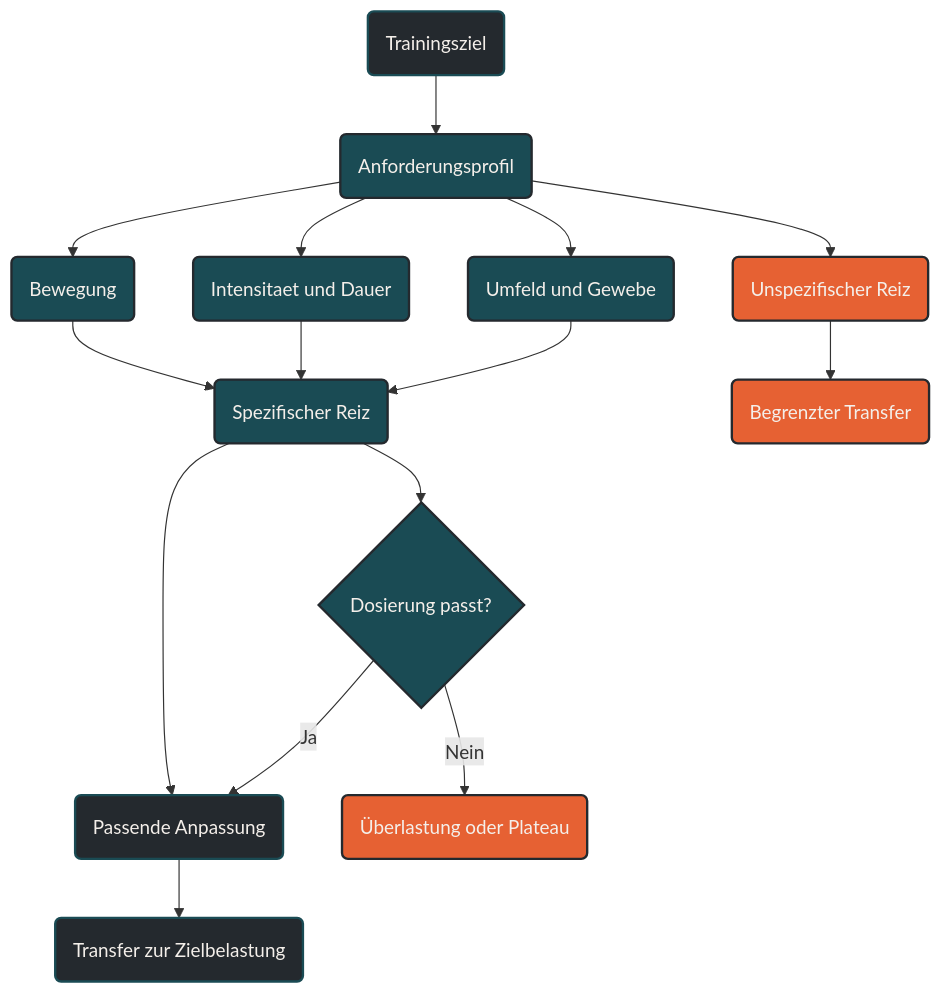
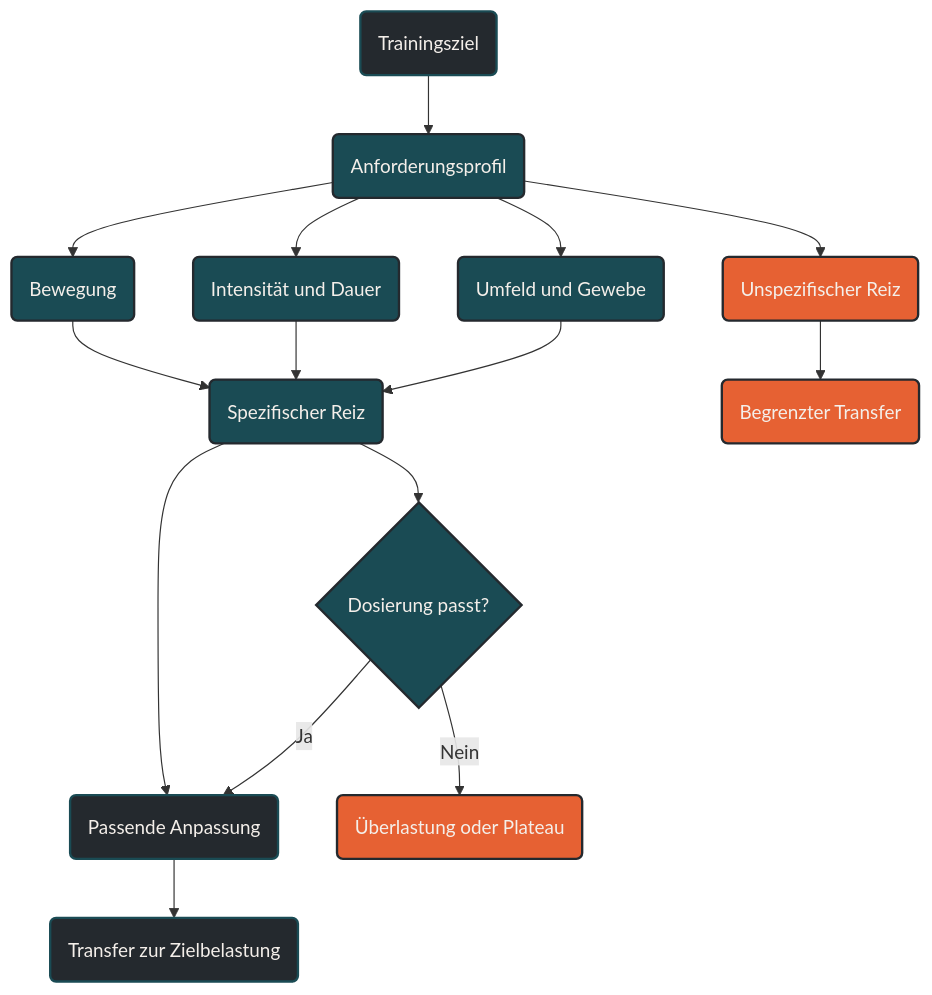
One commit to Quixos40K/ausdauersport-typemill changed the diagram in content/00-ausdauersport/00-trainingswissenschaft/00-trainingsprinzipien/04-spezifitaet.md. Above: the diagram before and after it, drawn with Mermaid.

Commit message:
Fix typo in mermaid diagram labels

````diff
--- a/content/00-ausdauersport/00-trainingswissenschaft/00-trainingsprinzipien/04-spezifitaet.md
+++ b/content/00-ausdauersport/00-trainingswissenschaft/00-trainingsprinzipien/04-spezifitaet.md
@@ -103,39 +103,39 @@
 ```mermaid
 graph TD
     A(Trainingsziel) --> B(Anforderungsprofil)
     B --> C(Bewegung)
-    B --> D(Intensitaet und Dauer)
+    B --> D(Intensität und Dauer)
     B --> E(Umfeld und Gewebe)
 
     C --> F(Spezifischer Reiz)
     D --> F
     E --> F
 
     F --> G(Passende Anpassung)
     G --> H(Transfer zur Zielbelastung)
 
     B --> I(Unspezifischer Reiz)
     I --> J(Begrenzter Transfer)
 
     F --> K{Dosierung passt?}
     K -->|Ja| G
     K -->|Nein| L(Überlastung oder Plateau)
 
     classDef default fill:#F4EFEA,stroke:#1A4B54,stroke-width:2px,color:#24292E;
     classDef primary fill:#1A4B54,stroke:#24292E,stroke-width:2px,color:#F4EFEA;
     classDef highlight fill:#E66133,stroke:#24292E,stroke-width:2px,color:#F4EFEA;
     classDef dark fill:#24292E,stroke:#1A4B54,stroke-width:2px,color:#F4EFEA;
 
     class A dark;
     class B primary;
     class C primary;
     class D primary;
     class E primary;
     class F primary;
     class G dark;
     class H dark;
     class I highlight;
     class J highlight;
     class K primary;
     class L highlight;
 ```
````
